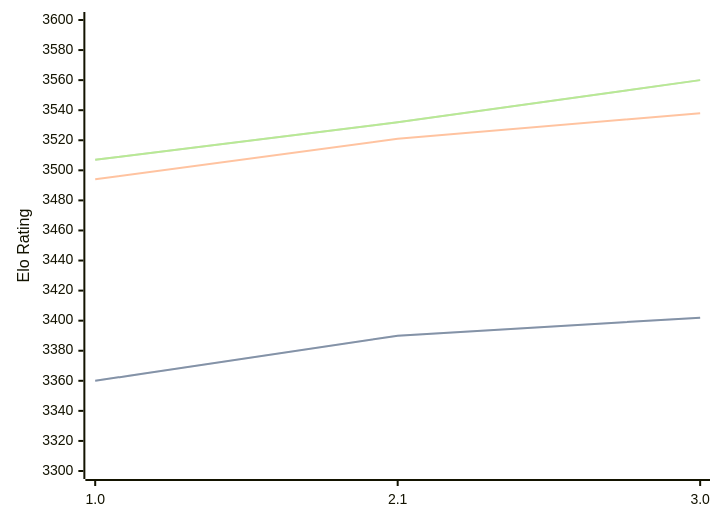
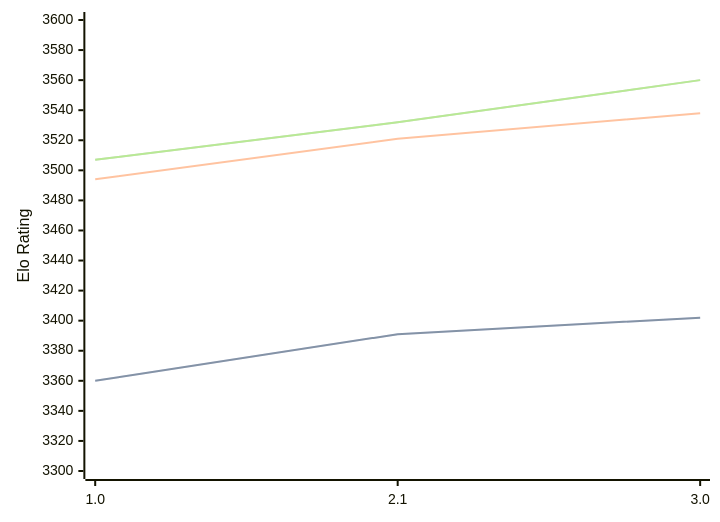
The diagram in engines/Hobbes.md (computer-chess-index/cci), drawn with Mermaid before and after one commit. The commit also changed other lines of this file, not shown here.

````diff
--- a/engines/Hobbes.md
+++ b/engines/Hobbes.md
@@ -34,11 +34,11 @@
 ```mermaid
 %%{init: {"theme":"base","themeVariables":{"seriesColors:['#a3a3a3','#222221','#faa371']}}}%%
 xychart-beta
   x-axis ["1.0", "2.1", "3.0"]
   y-axis "Elo Rating" 3300 --> 3600
-  line "STC (8.0+0.08s)" [3360, 3390, 3402]
-  line "STC (8.0+0.08s)" [3360, 3390, 3402]
+  line "STC (8.0+0.08s)" [3360, 3391, 3402]
+  line "STC (8.0+0.08s)" [3360, 3391, 3402]
   line "LTC (60.0+0.60s)" [3494, 3521, 3538]
   line "VLTC (2m24s+1.12s)" [3507, 3532, 3560]
   line "VLTC (2m24s+1.12s)" [3507, 3532, 3560]
 ```
````
